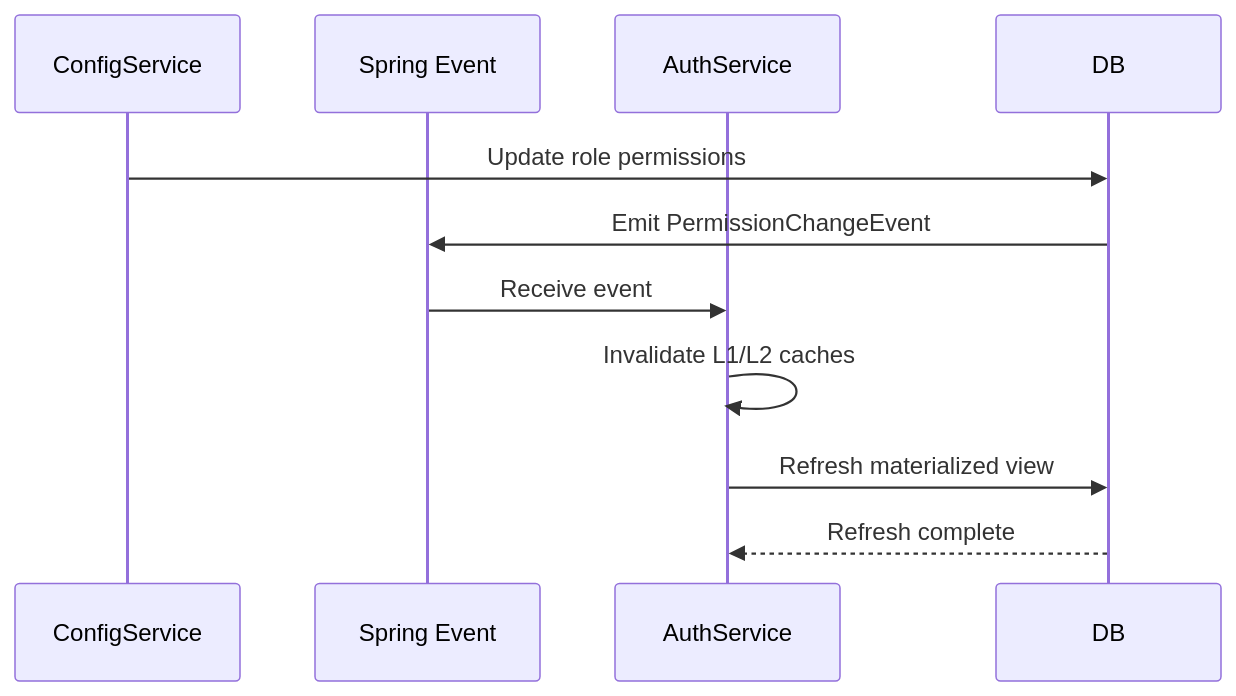
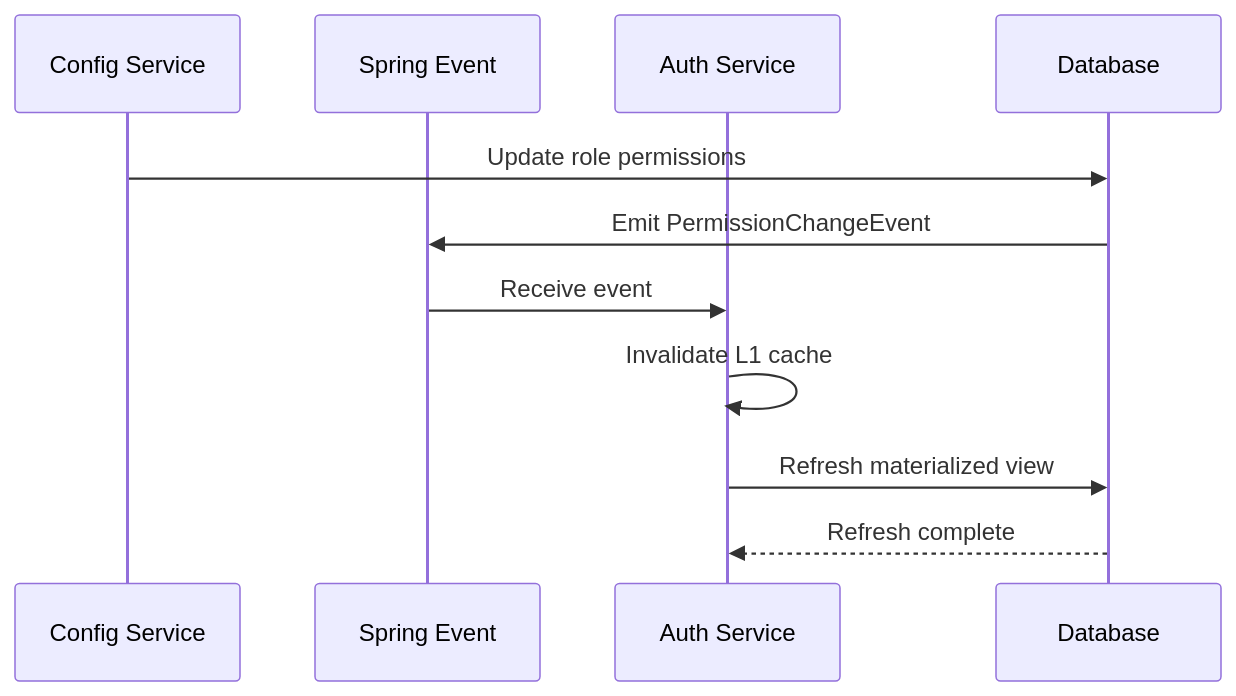
One commit to NOSiCode-CV/igrp-platform-access-management changed the seventh of 7 diagrams in PERMISSION_MANAGEMENT_SPECS.md. Above: the diagram before and after it, drawn with Mermaid. The commit also changed other lines of this file, not shown here.

````diff
--- a/PERMISSION_MANAGEMENT_SPECS.md
+++ b/PERMISSION_MANAGEMENT_SPECS.md
@@ -395,14 +399,14 @@
 ```mermaid
 sequenceDiagram
-    participant ConfigService
+    participant Config Service
     participant Spring Event
-    participant AuthService
-    participant DB
+    participant Auth Service
+    participant Database
 
-    ConfigService->>DB: Update role permissions
-    DB->>Spring Event: Emit PermissionChangeEvent
-   Spring Event->>AuthService: Receive event
-    AuthService->>AuthService: Invalidate L1/L2 caches
-    AuthService->>DB: Refresh materialized view
-    DB-->>AuthService: Refresh complete
+    Config Service->>Database: Update role permissions
+    Database->>Spring Event: Emit PermissionChangeEvent
+   Spring Event->>Auth Service: Receive event
+    Auth Service->>Auth Service: Invalidate L1 cache
+    Auth Service->>Database: Refresh materialized view
+    Database-->>Auth Service: Refresh complete
 ```
````
